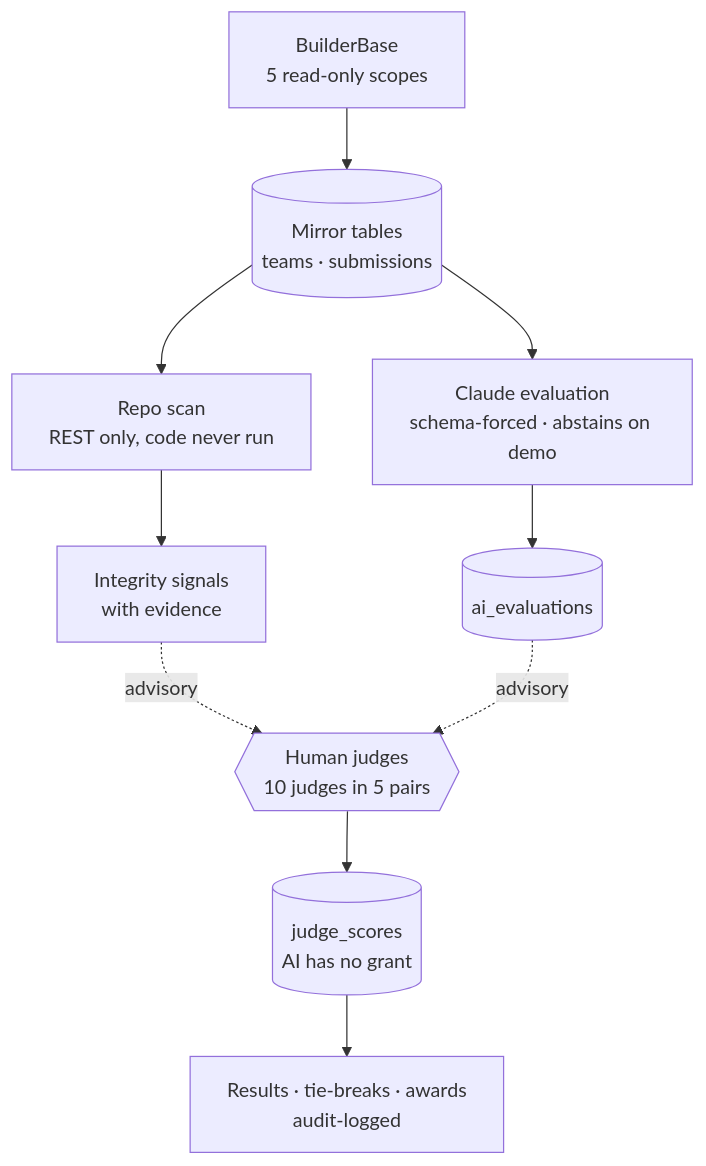
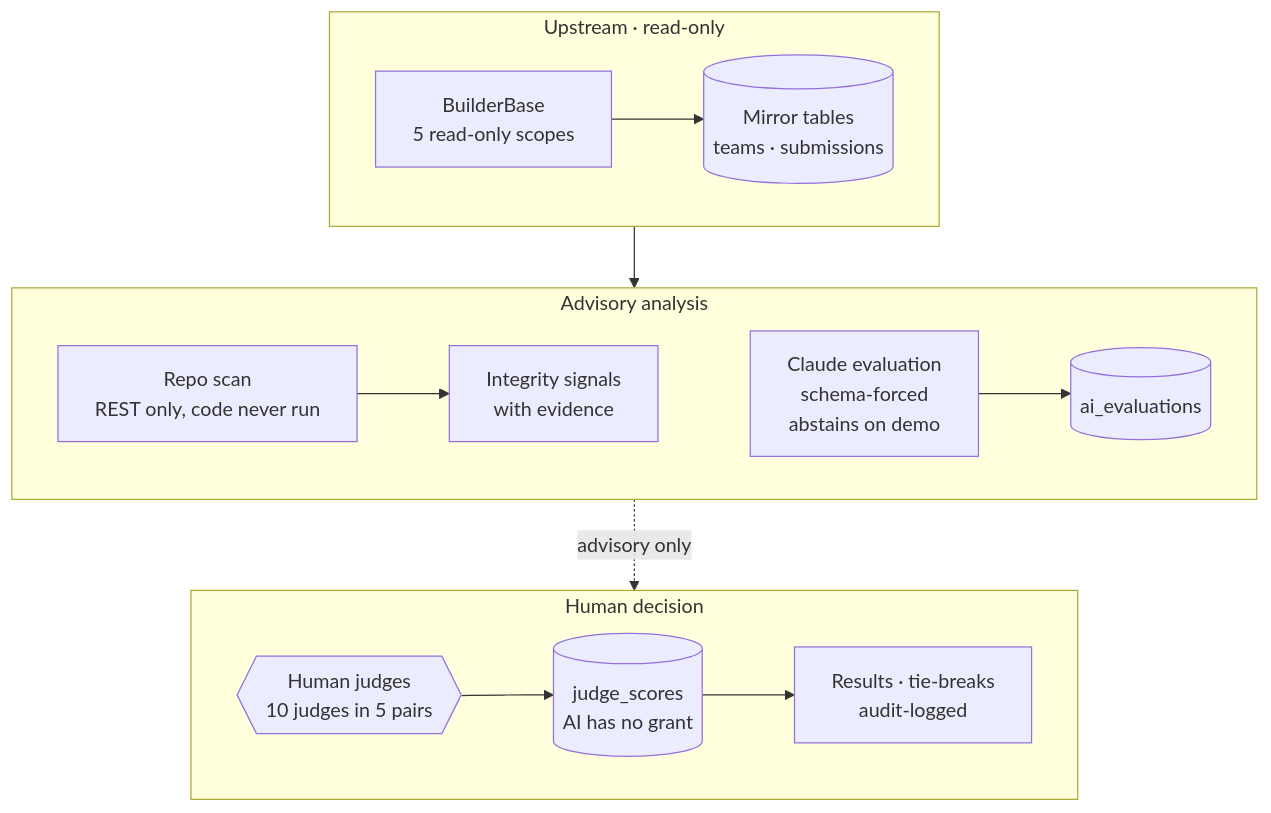
One commit to sachiachar/sachidananda-karkala changed the diagram in diagrams/shipped-hackathon-judging.mmd. Above: the diagram before and after it, drawn with Mermaid. The commit also changed 28 other files, not shown here.

```diff
--- a/diagrams/shipped-hackathon-judging.mmd
+++ b/diagrams/shipped-hackathon-judging.mmd
@@ -1,15 +1,15 @@
 flowchart TB
-  bb["BuilderBase<br/>5 read-only scopes"]
-  mir[("Mirror tables<br/>teams · submissions")]
-  scan["Repo scan<br/>REST only, code never run"]
-  sig["Integrity signals<br/>with evidence"]
-  ai["Claude evaluation<br/>schema-forced · abstains on demo"]
-  aie[("ai_evaluations")]
-  judges{{"Human judges<br/>10 judges in 5 pairs"}}
-  js[("judge_scores<br/>AI has no grant")]
-  res["Results · tie-breaks · awards<br/>audit-logged"]
-  bb --> mir --> scan --> sig
-  mir --> ai --> aie
-  sig -.advisory.-> judges
-  aie -.advisory.-> judges
-  judges --> js --> res
+  subgraph src["Upstream · read-only"]
+    direction LR
+    bb["BuilderBase<br/>5 read-only scopes"] --> mir[("Mirror tables<br/>teams · submissions")]
+  end
+  subgraph analysis["Advisory analysis"]
+    direction LR
+    scan["Repo scan<br/>REST only, code never run"] --> sig["Integrity signals<br/>with evidence"]
+    sig ~~~ ai["Claude evaluation<br/>schema-forced<br/>abstains on demo"] --> aie[("ai_evaluations")]
+  end
+  subgraph decide["Human decision"]
+    direction LR
+    judges{{"Human judges<br/>10 judges in 5 pairs"}} --> js[("judge_scores<br/>AI has no grant")] --> res["Results · tie-breaks<br/>audit-logged"]
+  end
+  src --> analysis -. advisory only .-> decide
```
